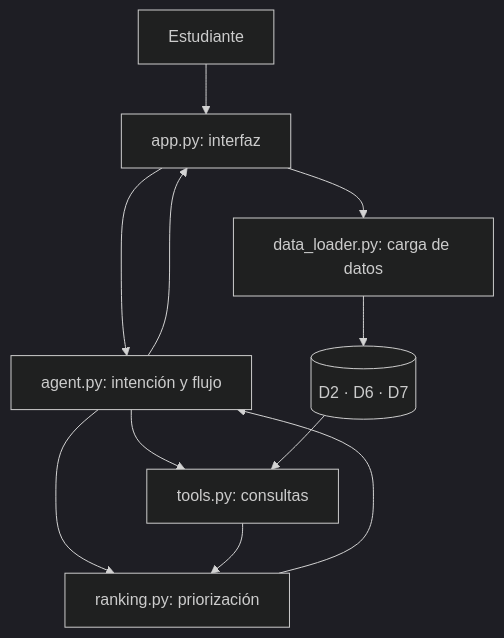
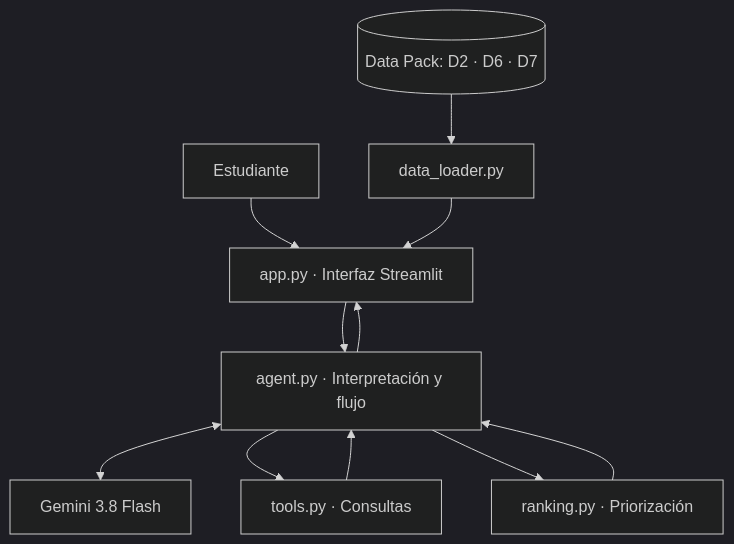
Before and after one commit to amandiiita/NEXO: the diagram in README.md, drawn with Mermaid (dark theme). The commit also changed other lines of this file, not shown here.

````diff
--- a/README.md
+++ b/README.md
@@ -21,13 +27,13 @@
 ```mermaid
 flowchart TD
-    U[Estudiante] --> A[app.py: interfaz]
-    A --> B[agent.py: intención y flujo]
-    A --> C[data_loader.py: carga de datos]
-    C --> D[(D2 · D6 · D7)]
-    B --> E[tools.py: consultas]
-    B --> F[ranking.py: priorización]
-    D --> E
-    E --> F
-    F --> B
+    U["Estudiante"] --> A["app.py · Interfaz Streamlit"]
+    A --> B["agent.py · Interpretación y flujo"]
+    B <--> G["Gemini 3.8 Flash"]
+    B --> T["tools.py · Consultas"]
+    B --> R["ranking.py · Priorización"]
+    D[("Data Pack: D2 · D6 · D7")] --> L["data_loader.py"]
+    L --> A
+    T --> B
+    R --> B
     B --> A
 ```
````
